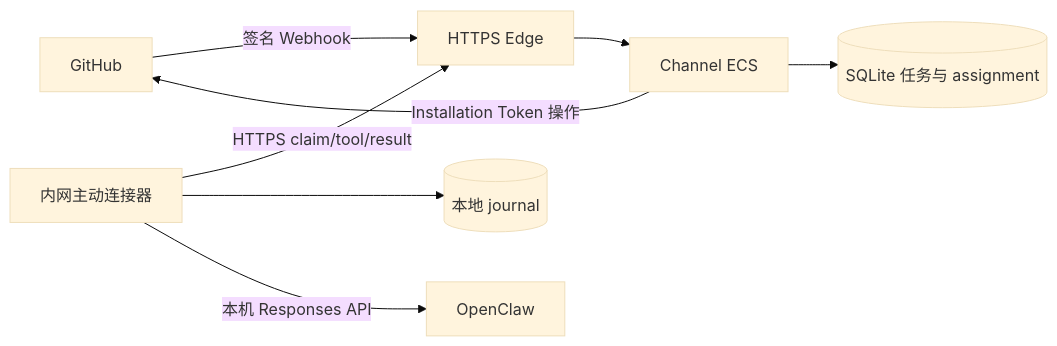
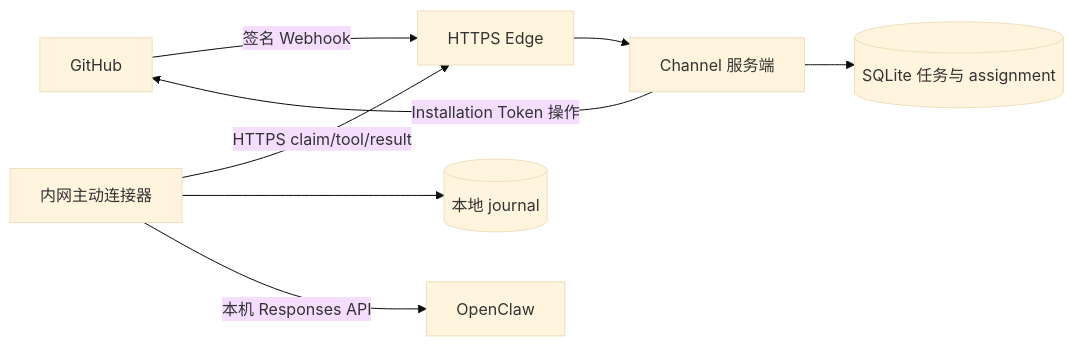
Before and after one commit to xallor-ai/github-agent-channel: the diagram in docs/architecture.md, drawn with Mermaid (base theme). The commit also changed other lines of this file and 18 other files, not shown here.

````diff
--- a/docs/architecture.md
+++ b/docs/architecture.md
@@ -5,10 +7,10 @@
 ```mermaid
 flowchart LR
   GH[GitHub] -->|签名 Webhook| E[HTTPS Edge]
-  E --> C[Channel ECS]
+  E --> C[Channel 服务端]
   C --> Q[(SQLite 任务与 assignment)]
   C -->|Installation Token 操作| GH
   A[内网主动连接器] -->|HTTPS claim/tool/result| E
   A --> J[(本地 journal)]
   A -->|本机 Responses API| O[OpenClaw]
 ```
````
